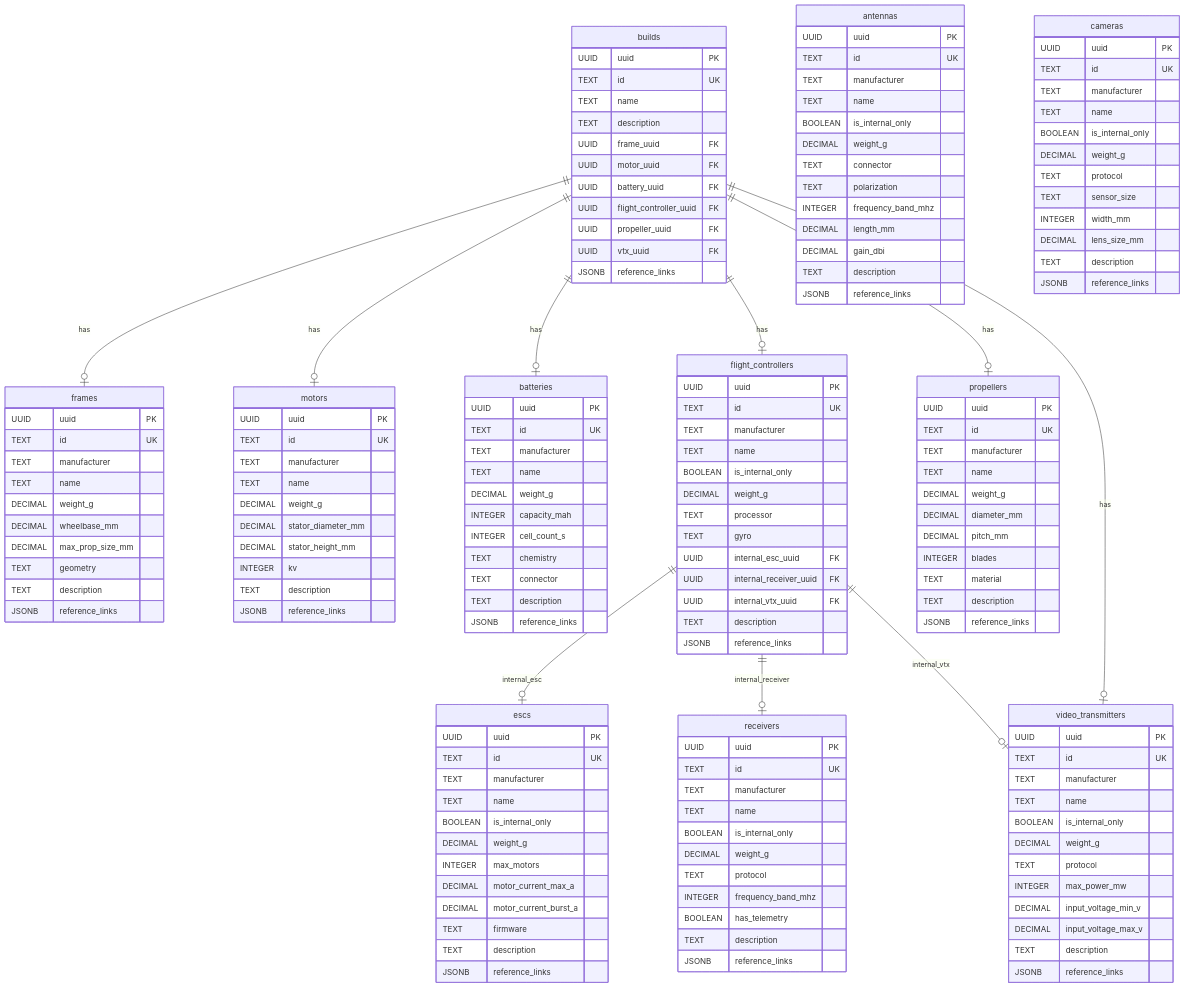
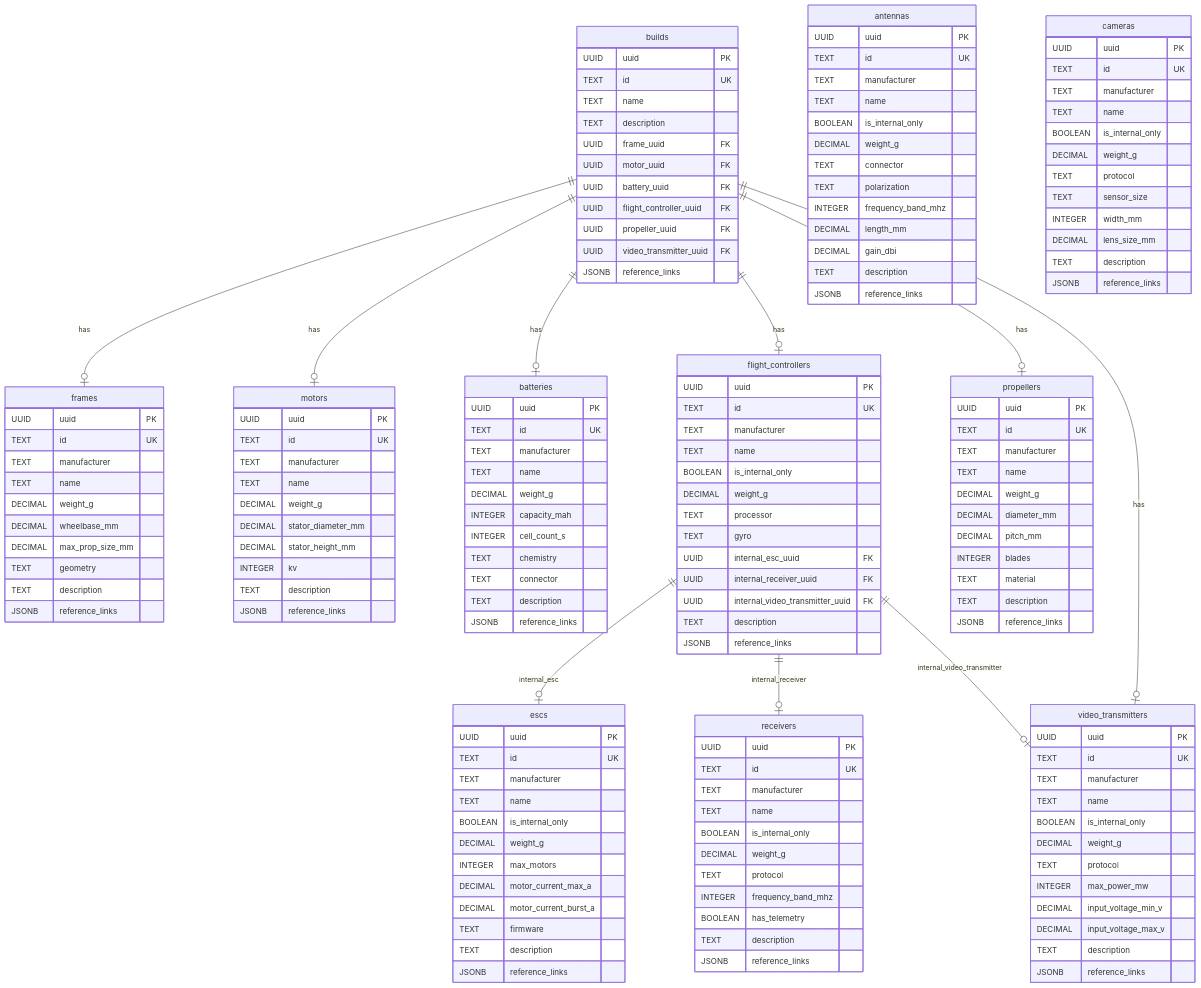
The diagram in src/backend/db/diagram.mermaid (rohitramu/quadsmith), drawn with Mermaid before and after one commit. The commit also changed 34 other files, not shown here.

First line of the commit message:
Replace VTX references with Video Transmitter across codebase

```diff
--- a/src/backend/db/diagram.mermaid
+++ b/src/backend/db/diagram.mermaid
@@ -1,170 +1,170 @@
 erDiagram
     builds {
         UUID uuid PK
         TEXT id UK
         TEXT name
         TEXT description
         UUID frame_uuid FK
         UUID motor_uuid FK
         UUID battery_uuid FK
         UUID flight_controller_uuid FK
         UUID propeller_uuid FK
-        UUID vtx_uuid FK
+        UUID video_transmitter_uuid FK
         JSONB reference_links
     }
 
     motors {
         UUID uuid PK
         TEXT id UK
         TEXT manufacturer
         TEXT name
         DECIMAL weight_g
         DECIMAL stator_diameter_mm
         DECIMAL stator_height_mm
         INTEGER kv
         TEXT description
         JSONB reference_links
     }
 
     frames {
         UUID uuid PK
         TEXT id UK
         TEXT manufacturer
         TEXT name
         DECIMAL weight_g
         DECIMAL wheelbase_mm
         DECIMAL max_prop_size_mm
         TEXT geometry
         TEXT description
         JSONB reference_links
     }
 
     batteries {
         UUID uuid PK
         TEXT id UK
         TEXT manufacturer
         TEXT name
         DECIMAL weight_g
         INTEGER capacity_mah
         INTEGER cell_count_s
         TEXT chemistry
         TEXT connector
         TEXT description
         JSONB reference_links
     }
 
     flight_controllers {
         UUID uuid PK
         TEXT id UK
         TEXT manufacturer
         TEXT name
         BOOLEAN is_internal_only
         DECIMAL weight_g
         TEXT processor
         TEXT gyro
         UUID internal_esc_uuid FK
         UUID internal_receiver_uuid FK
-        UUID internal_vtx_uuid FK
+        UUID internal_video_transmitter_uuid FK
         TEXT description
         JSONB reference_links
     }
 
     escs {
         UUID uuid PK
         TEXT id UK
         TEXT manufacturer
         TEXT name
         BOOLEAN is_internal_only
         DECIMAL weight_g
         INTEGER max_motors
         DECIMAL motor_current_max_a
         DECIMAL motor_current_burst_a
         TEXT firmware
         TEXT description
         JSONB reference_links
     }
 
     receivers {
         UUID uuid PK
         TEXT id UK
         TEXT manufacturer
         TEXT name
         BOOLEAN is_internal_only
         DECIMAL weight_g
         TEXT protocol
         INTEGER frequency_band_mhz
         BOOLEAN has_telemetry
         TEXT description
         JSONB reference_links
     }
 
     video_transmitters {
         UUID uuid PK
         TEXT id UK
         TEXT manufacturer
         TEXT name
         BOOLEAN is_internal_only
         DECIMAL weight_g
         TEXT protocol
         INTEGER max_power_mw
         DECIMAL input_voltage_min_v
         DECIMAL input_voltage_max_v
         TEXT description
         JSONB reference_links
     }
 
     antennas {
         UUID uuid PK
         TEXT id UK
         TEXT manufacturer
         TEXT name
         BOOLEAN is_internal_only
         DECIMAL weight_g
         TEXT connector
         TEXT polarization
         INTEGER frequency_band_mhz
         DECIMAL length_mm
         DECIMAL gain_dbi
         TEXT description
         JSONB reference_links
     }
 
     propellers {
         UUID uuid PK
         TEXT id UK
         TEXT manufacturer
         TEXT name
         DECIMAL weight_g
         DECIMAL diameter_mm
         DECIMAL pitch_mm
         INTEGER blades
         TEXT material
         TEXT description
         JSONB reference_links
     }
 
     cameras {
         UUID uuid PK
         TEXT id UK
         TEXT manufacturer
         TEXT name
         BOOLEAN is_internal_only
         DECIMAL weight_g
         TEXT protocol
         TEXT sensor_size
         INTEGER width_mm
         DECIMAL lens_size_mm
         TEXT description
         JSONB reference_links
     }
 
     builds ||--o| frames : has
     builds ||--o| motors : has
     builds ||--o| batteries : has
     builds ||--o| flight_controllers : has
     builds ||--o| propellers : has
     builds ||--o| video_transmitters : has
 
     flight_controllers ||--o| escs : internal_esc
     flight_controllers ||--o| receivers : internal_receiver
-    flight_controllers ||--o| video_transmitters : internal_vtx
+    flight_controllers ||--o| video_transmitters : internal_video_transmitter
```
